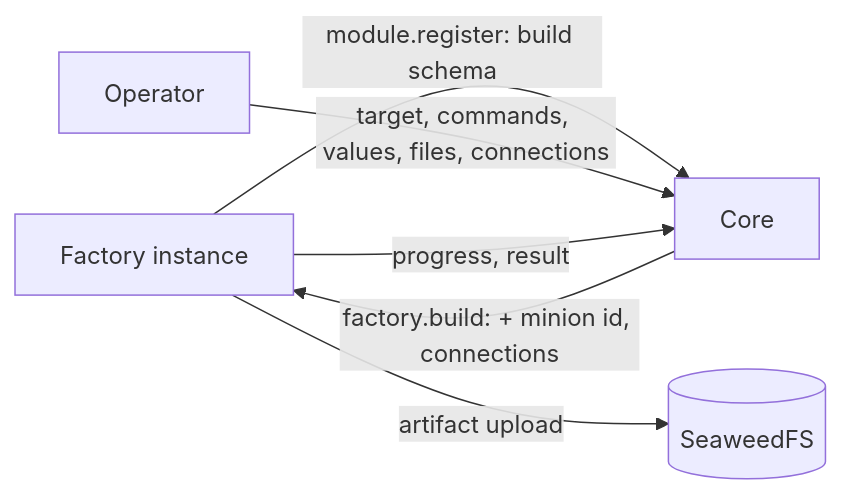
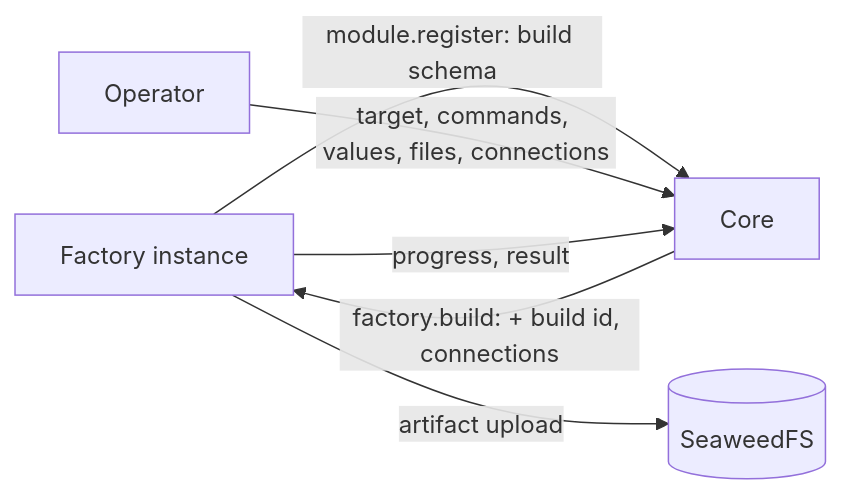
Before and after one commit to LogosCore/logos-docs: the first of 2 diagrams in src/content/docs/contracts/minion-build.md, drawn with Mermaid. The commit also changed other lines of this file and 10 other files, not shown here.

First line of the commit message:
Rename minion id to build id: build_id, Logos-Build-Id

````diff
--- a/src/content/docs/contracts/minion-build.md
+++ b/src/content/docs/contracts/minion-build.md
@@ -21,8 +21,8 @@
 ```mermaid
 flowchart LR
     F[Factory instance] -- "module.register: build schema" --> CORE[Core]
     OP[Operator] -- "target, commands, values, files, connections" --> CORE
-    CORE -- "factory.build: + minion id, connections" --> F
+    CORE -- "factory.build: + build id, connections" --> F
     F -- "progress, result" --> CORE
     F -- "artifact upload" --> S3[(SeaweedFS)]
 ```
````
